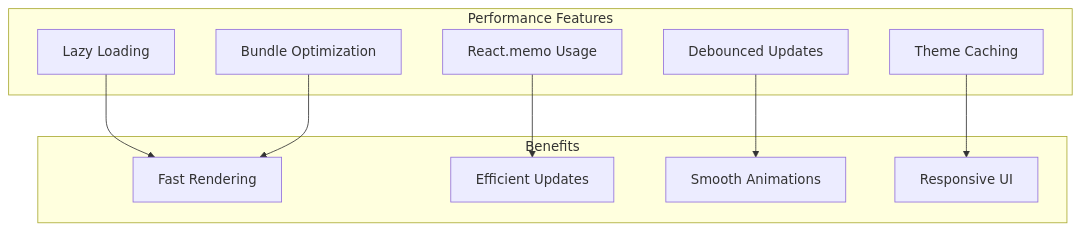
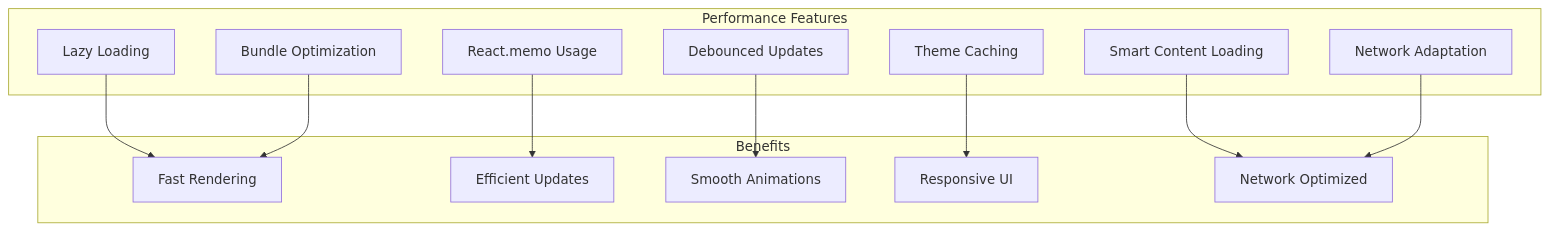
Diagram 18 of 21 in ARCHITECTURE.md (AahrbitX/Arc-it), drawn with Mermaid before and after one commit. The commit also changed other lines of this file and 7 other files, not shown here.

Commit message:
Update all documentation for Arc-it 1.1.0 with Smart Content Loading features

````diff
--- a/ARCHITECTURE.md
+++ b/ARCHITECTURE.md
@@ -575,23 +696,28 @@
 ```mermaid
 graph TD
     subgraph "Performance Features"
         LAZY[Lazy Loading]
         MEMO[React.memo Usage]
         DEBOUNCE[Debounced Updates]
         CACHE[Theme Caching]
         OPTIMIZE[Bundle Optimization]
+        SMART[Smart Content Loading]
+        NETWORK[Network Adaptation]
     end
     
     subgraph "Benefits"
         FAST[Fast Rendering]
         EFFICIENT[Efficient Updates]
         SMOOTH[Smooth Animations]
         RESPONSIVE[Responsive UI]
+        OPTIMIZED[Network Optimized]
     end
     
     LAZY --> FAST
     MEMO --> EFFICIENT
     DEBOUNCE --> SMOOTH
     CACHE --> RESPONSIVE
     OPTIMIZE --> FAST
+    SMART --> OPTIMIZED
+    NETWORK --> OPTIMIZED
 ```
````
